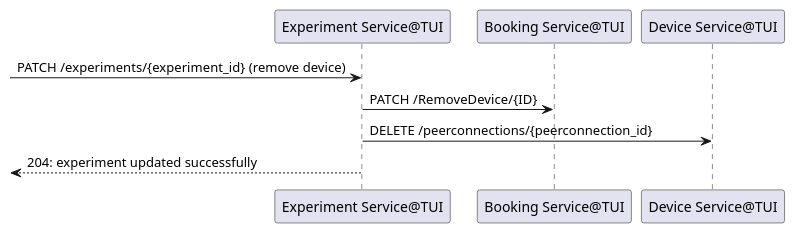
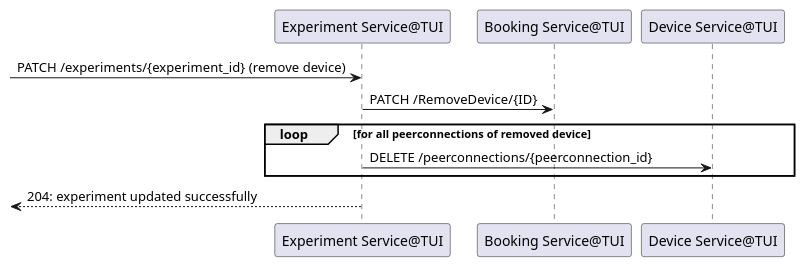
One commit to Cross-Lab-Project/crosslab changed the diagram in diagrams/use_cases/experiment_remove_device.puml. Above: the diagram before and after it, drawn with PlantUML. The commit also changed 4 other files, not shown here.

Commit message:
update diagrams

```diff
--- a/diagrams/use_cases/experiment_remove_device.puml
+++ b/diagrams/use_cases/experiment_remove_device.puml
@@ -1,6 +1,12 @@
 @startuml ExperimentRemoveDevice
 [-> "Experiment Service@TUI": PATCH /experiments/{experiment_id} (remove device)
 "Experiment Service@TUI" -> "Booking Service@TUI": PATCH /RemoveDevice/{ID}
-"Experiment Service@TUI" -> "Device Service@TUI": DELETE /peerconnections/{peerconnection_id}
+
+loop for all peerconnections of removed device
+
+    "Experiment Service@TUI" -> "Device Service@TUI": DELETE /peerconnections/{peerconnection_id}
+
+end
+
 "Experiment Service@TUI" -->[: 204: experiment updated successfully
 @enduml
```
